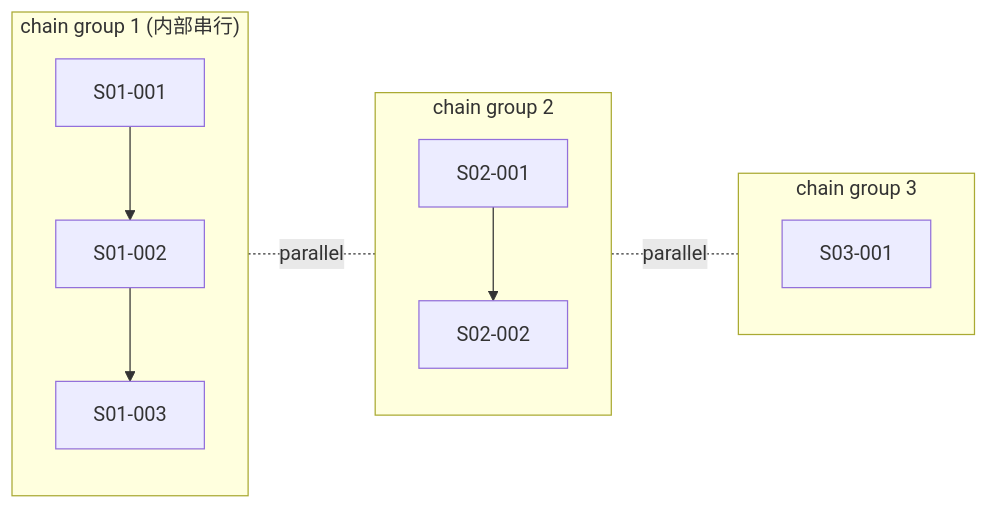
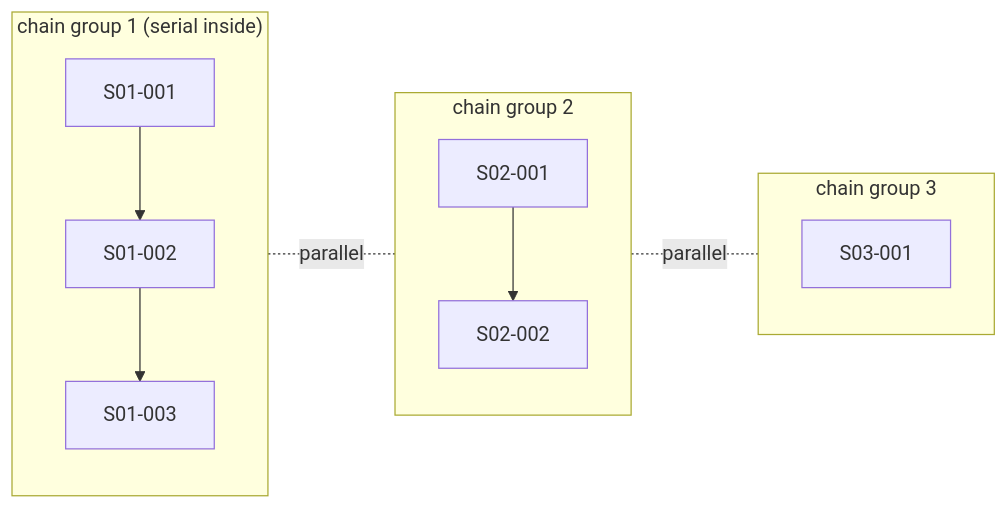
The fifth of 6 diagrams in docs/architecture.md (JohnKeating1997/spark-video), drawn with Mermaid before and after one commit. The commit also changed other lines of this file and 32 other files, not shown here.

````diff
--- a/docs/architecture.md
+++ b/docs/architecture.md
@@ -359,14 +359,14 @@
 ```mermaid
 flowchart LR
-    subgraph G1["chain group 1 (内部串行)"]
+    subgraph G1["chain group 1 (serial inside)"]
         S101[S01-001] --> S102[S01-002] --> S103[S01-003]
     end
     subgraph G2["chain group 2"]
         S201[S02-001] --> S202[S02-002]
     end
     subgraph G3["chain group 3"]
         S301[S03-001]
     end
     G1 -.parallel.- G2
     G2 -.parallel.- G3
 ```
````
